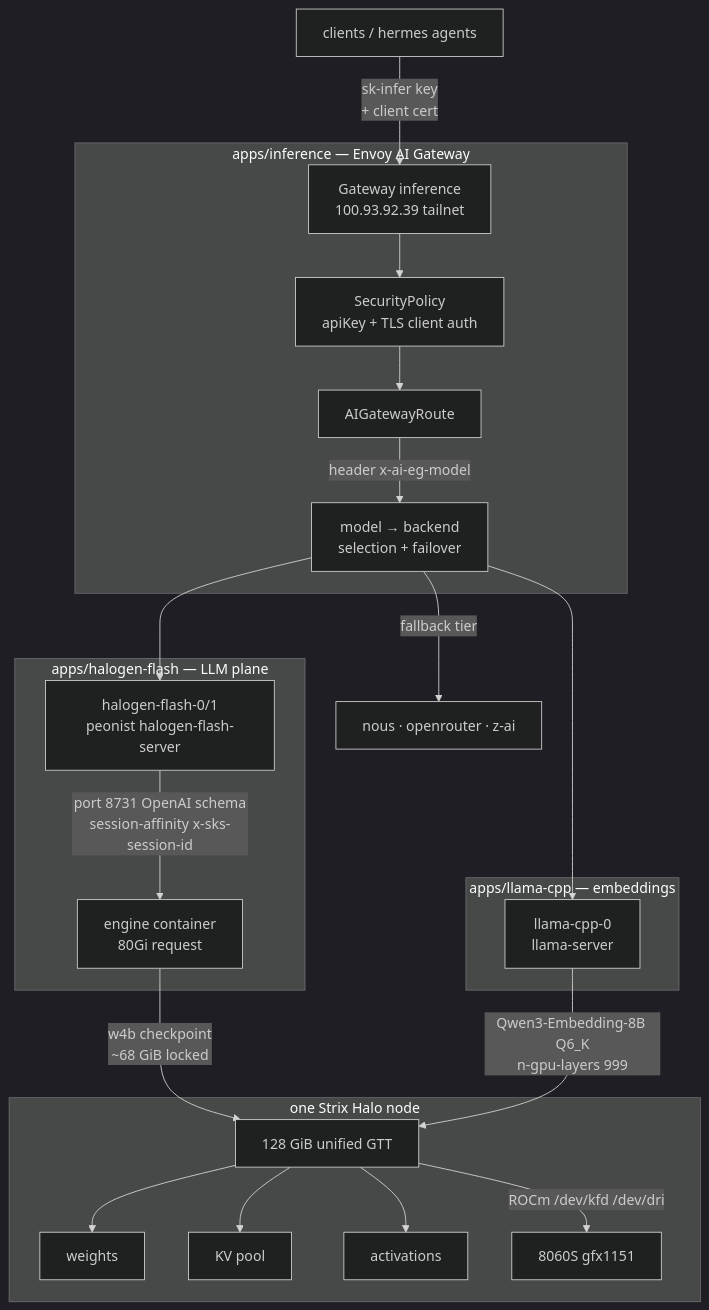
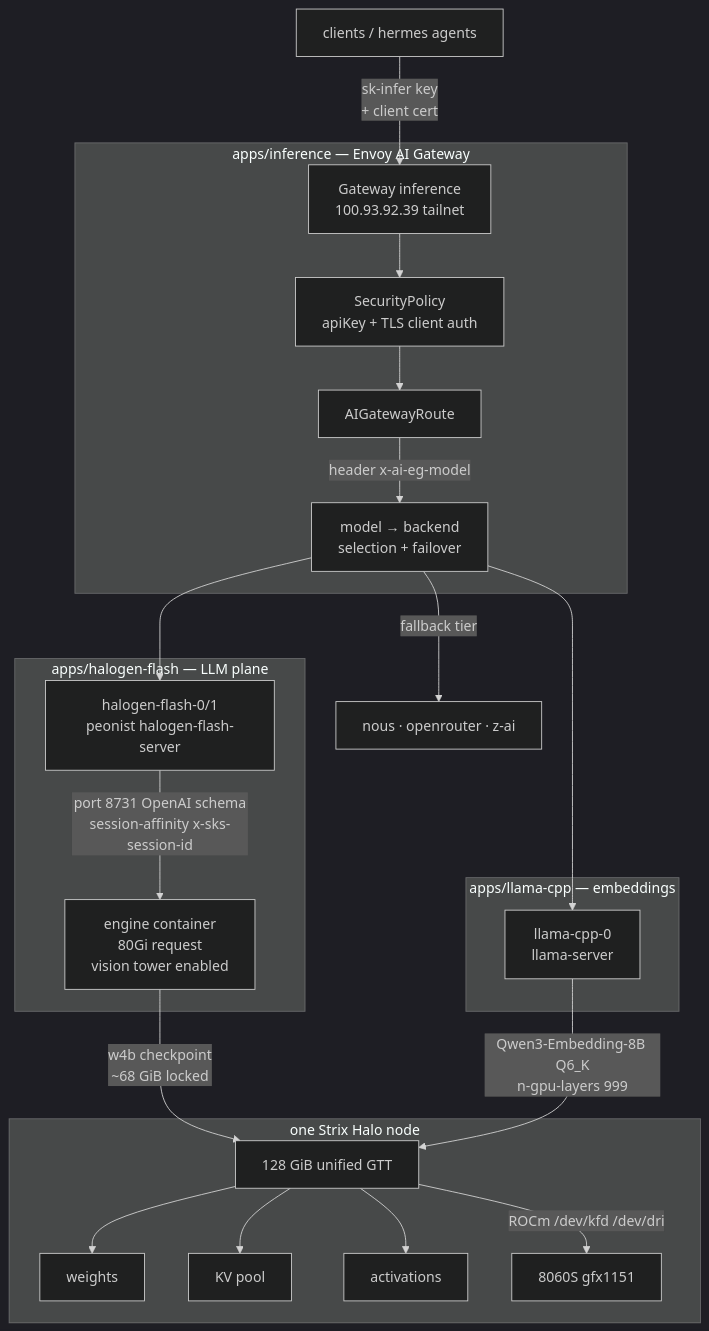
Before and after one commit to shikanime-studio/websites: the diagram in apps/docs/docs/services/ai-infrastructure.md, drawn with Mermaid (dark theme). The commit also changed other lines of this file and 2 other files, not shown here.

Commit message:
Correct stale accounts, hikari, and vision tower docs

````diff
--- a/apps/docs/docs/services/ai-infrastructure.md
+++ b/apps/docs/docs/services/ai-infrastructure.md
@@ -31,29 +31,29 @@
 ```mermaid
 flowchart TB
   C["clients / hermes agents"] -->|"sk-infer key<br/>+ client cert"| GW
   subgraph gwp["apps/inference — Envoy AI Gateway"]
     GW["Gateway inference<br/>100.93.92.39 tailnet"]
     GW --> CTCP["SecurityPolicy<br/>apiKey + TLS client auth"]
     CTCP --> AIR["AIGatewayRoute"]
     AIR -->|"header x-ai-eg-model"| SEL["model → backend<br/>selection + failover"]
   end
   SEL --> HF
   SEL -->|"fallback tier"| REM["nous · openrouter · z-ai"]
   subgraph hfp["apps/halogen-flash — LLM plane"]
     HF["halogen-flash-0/1<br/>peonist halogen-flash-server"]
     HF -->|"port 8731 OpenAI schema<br/>session-affinity x-sks-session-id"| ENG
   end
   subgraph node["one Strix Halo node"]
-    ENG["engine container<br/>80Gi request"]
+    ENG["engine container<br/>80Gi request<br/>vision tower enabled"]
     ENG -->|"w4b checkpoint<br/>~68 GiB locked"| RAM["128 GiB unified GTT"]
     RAM --> WEIGHTS["weights"]
     RAM --> KV["KV pool"]
     RAM --> ACT["activations"]
     RAM -->|"ROCm /dev/kfd /dev/dri"| GPU["8060S gfx1151"]
   end
   SEL --> LC
   subgraph emp["apps/llama-cpp — embeddings"]
     LC["llama-cpp-0<br/>llama-server"]
     LC -->|"Qwen3-Embedding-8B Q6_K<br/>n-gpu-layers 999"| RAM
   end
 ```
````
